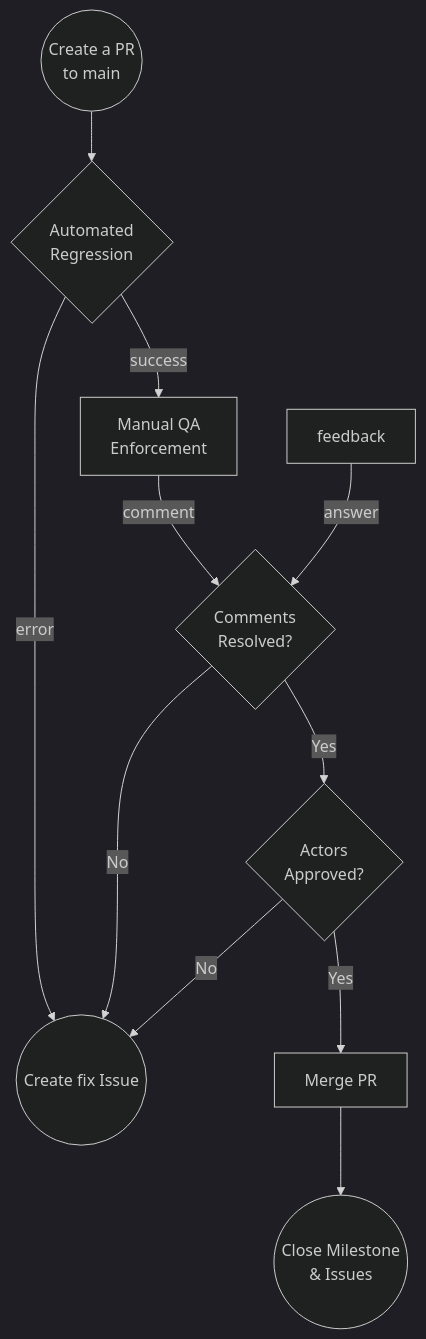
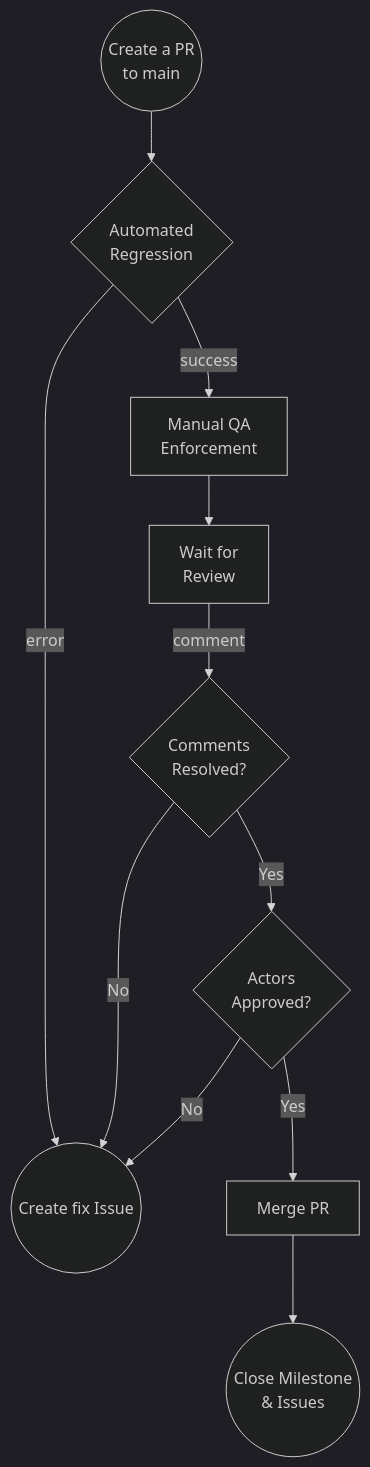
The diagram in docs/contributing/contribution/merge.md (pokt-network/pocket), drawn with Mermaid (dark theme) before and after one commit. The commit also changed other lines of this file and 5 other files, not shown here.

````diff
--- a/docs/contributing/contribution/merge.md
+++ b/docs/contributing/contribution/merge.md
@@ -3,17 +3,17 @@
 ```mermaid
 flowchart TB
   fix((Create fix Issue))
   pr((Create a PR<br>to main))
   pr --> testing{Automated<br>Regression}
   testing --> |error| fix
   testing --> |success| qa[Manual QA<br>Enforcement]
-  qa --> |comment| review{Comments<br>Resolved?}
+  qa --> feedback[Wait for<br>Review]
+  feedback --> |comment| review{Comments<br>Resolved?}
   
   review --> |No| fix
-	feedback --> |answer| review
 
   review --> |Yes| approvals{Actors<br>Approved?}
   approvals --> |No| fix
   approvals --> |Yes| merge[Merge PR]
   merge --> close((Close Milestone<br>& Issues))
 ```
````
